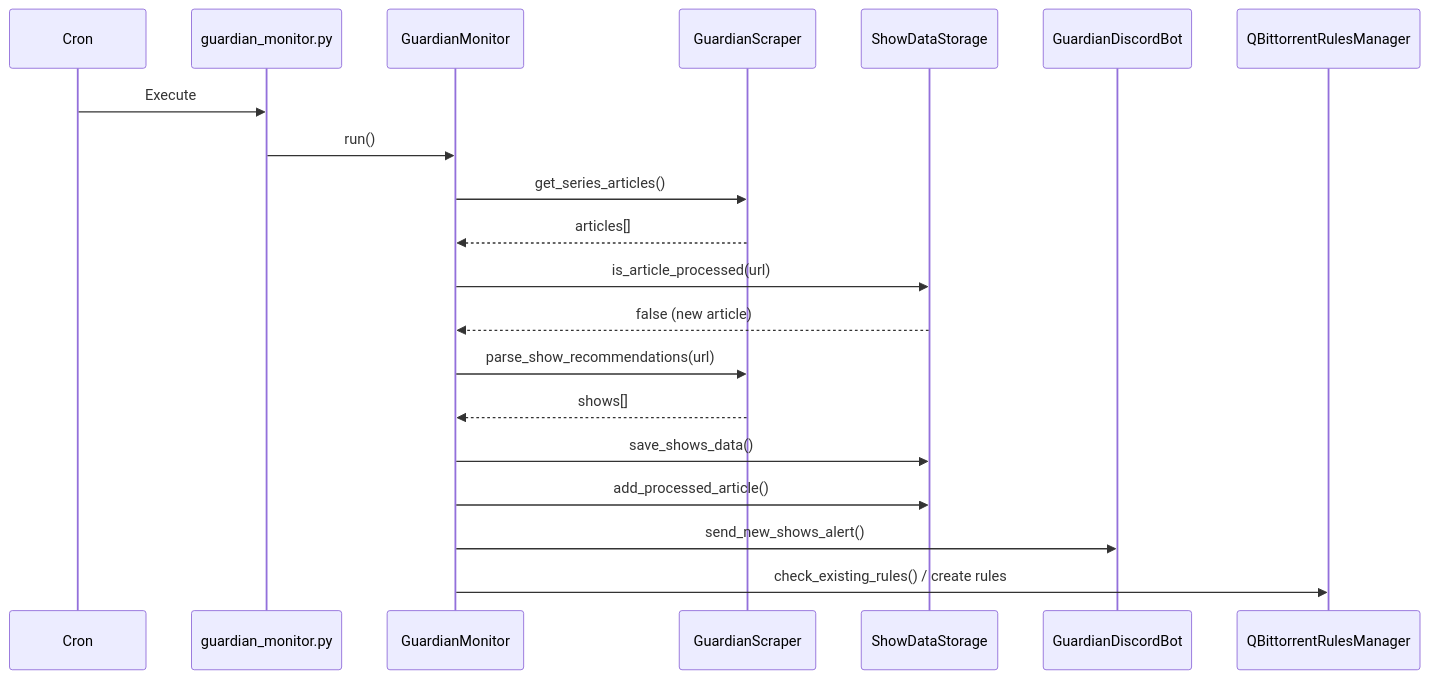
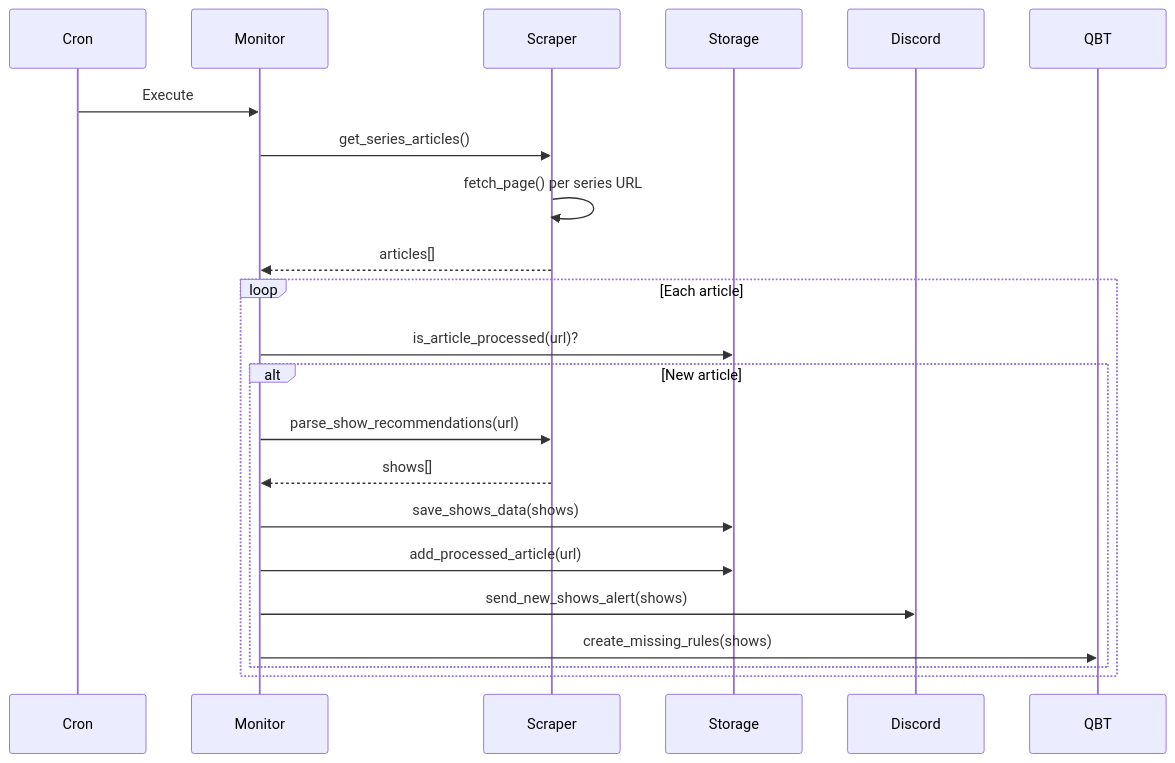
The third of 3 diagrams in .agents/summary/architecture.md (frankenwino/guardian-seven-best-shows-monitor), drawn with Mermaid before and after one commit. The commit also changed other lines of this file and 12 other files, not shown here.

````diff
--- a/.agents/summary/architecture.md
+++ b/.agents/summary/architecture.md
@@ -49,23 +100,26 @@
 ```mermaid
 sequenceDiagram
     participant Cron
-    participant CLI as guardian_monitor.py
-    participant Monitor as GuardianMonitor
-    participant Scraper as GuardianScraper
-    participant Storage as ShowDataStorage
-    participant Discord as GuardianDiscordBot
-    participant QBT as QBittorrentRulesManager
+    participant Monitor
+    participant Scraper
+    participant Storage
+    participant Discord
+    participant QBT
 
-    Cron->>CLI: Execute
-    CLI->>Monitor: run()
+    Cron->>Monitor: Execute
     Monitor->>Scraper: get_series_articles()
+    Scraper->>Scraper: fetch_page() per series URL
     Scraper-->>Monitor: articles[]
-    Monitor->>Storage: is_article_processed(url)
-    Storage-->>Monitor: false (new article)
-    Monitor->>Scraper: parse_show_recommendations(url)
-    Scraper-->>Monitor: shows[]
-    Monitor->>Storage: save_shows_data()
-    Monitor->>Storage: add_processed_article()
-    Monitor->>Discord: send_new_shows_alert()
-    Monitor->>QBT: check_existing_rules() / create rules
+    
+    loop Each article
+        Monitor->>Storage: is_article_processed(url)?
+        alt New article
+            Monitor->>Scraper: parse_show_recommendations(url)
+            Scraper-->>Monitor: shows[]
+            Monitor->>Storage: save_shows_data(shows)
+            Monitor->>Storage: add_processed_article(url)
+            Monitor->>Discord: send_new_shows_alert(shows)
+            Monitor->>QBT: create_missing_rules(shows)
+        end
+    end
 ```
````
